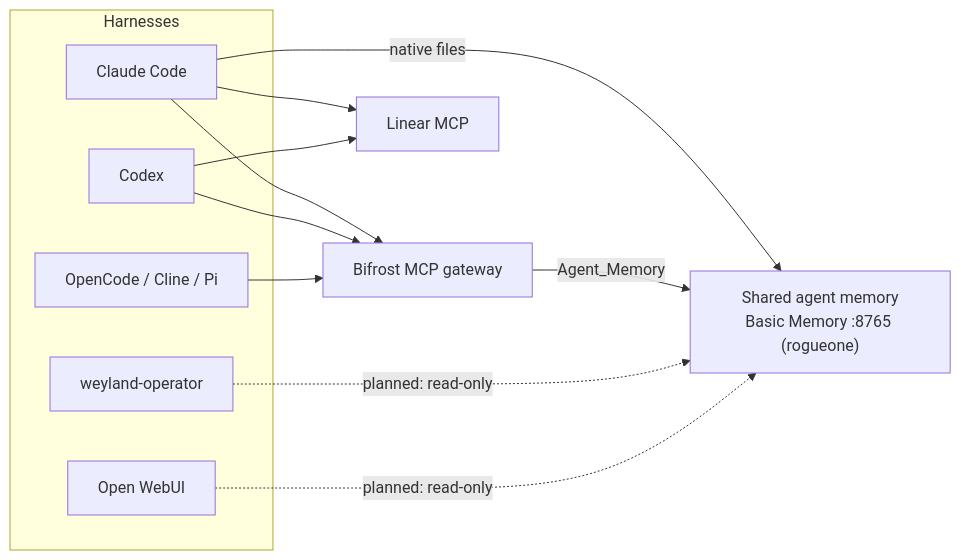
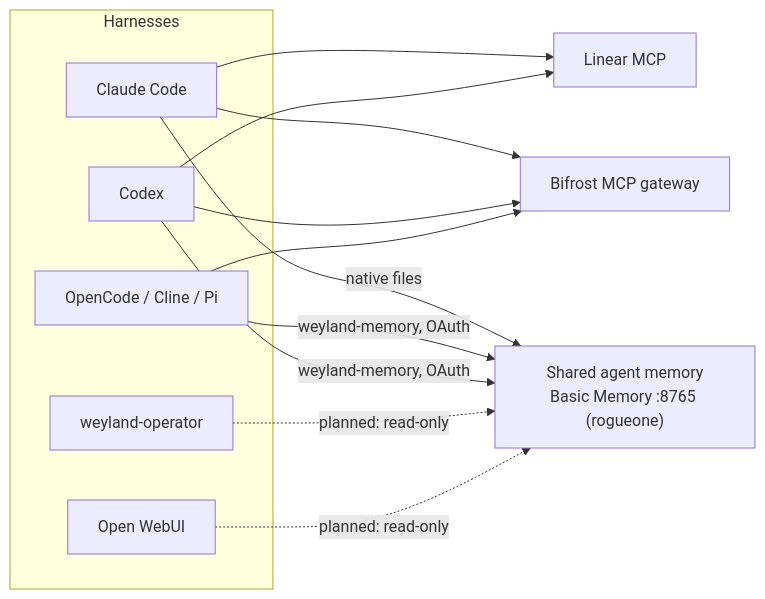
One commit to edtbl76/weyland-lab changed the diagram in docs/concepts/multi-harness.md. Above: the diagram before and after it, drawn with Mermaid. The commit also changed other lines of this file and 21 other files, not shown here.

````diff
--- a/docs/concepts/multi-harness.md
+++ b/docs/concepts/multi-harness.md
@@ -84,22 +85,23 @@
 ```mermaid
 flowchart LR
   subgraph H["Harnesses"]
     CC["Claude Code"]
     CX["Codex"]
     OC["OpenCode / Cline / Pi"]
     OW["Open WebUI"]
     OP["weyland-operator"]
   end
   BF["Bifrost MCP gateway"]
   LN["Linear MCP"]
   MEM["Shared agent memory<br/>Basic Memory :8765 (rogueone)"]
   CC --> BF
   CX --> BF
   OC --> BF
   CC --> LN
   CX --> LN
   CC -->|native files| MEM
-  BF -->|Agent_Memory| MEM
+  OC -->|weyland-memory, OAuth| MEM
+  CX -->|weyland-memory, OAuth| MEM
   OP -.->|planned: read-only| MEM
   OW -.->|planned: read-only| MEM
 ```
````
